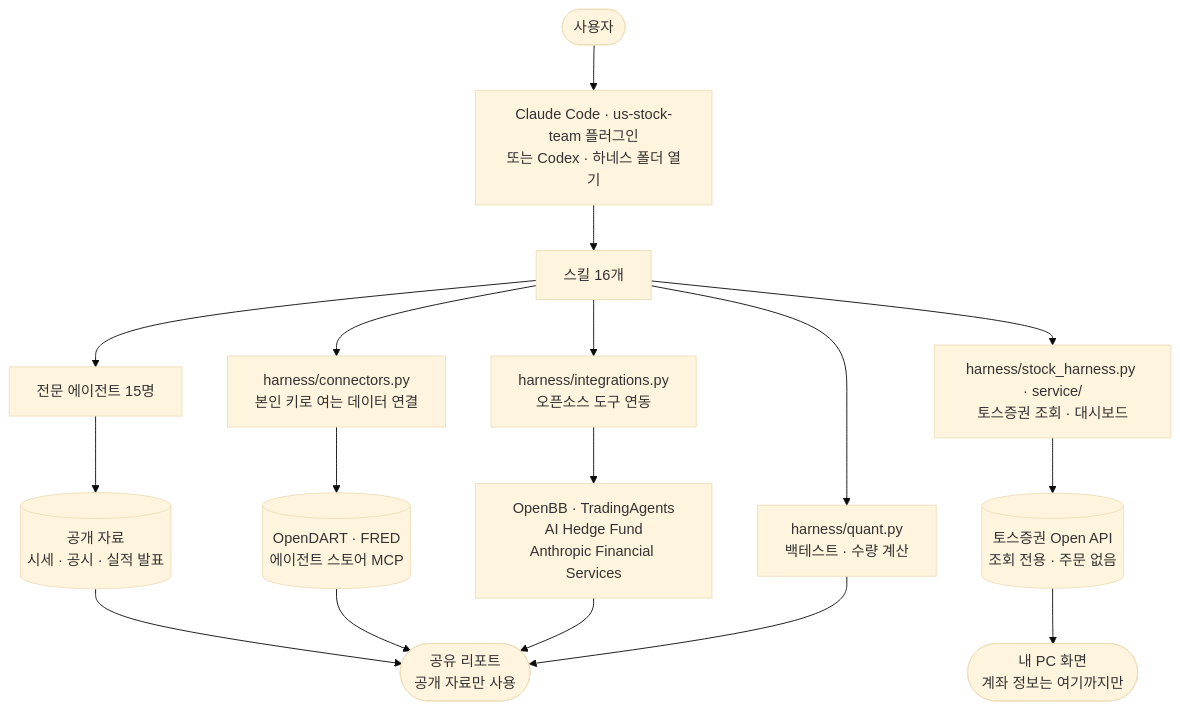
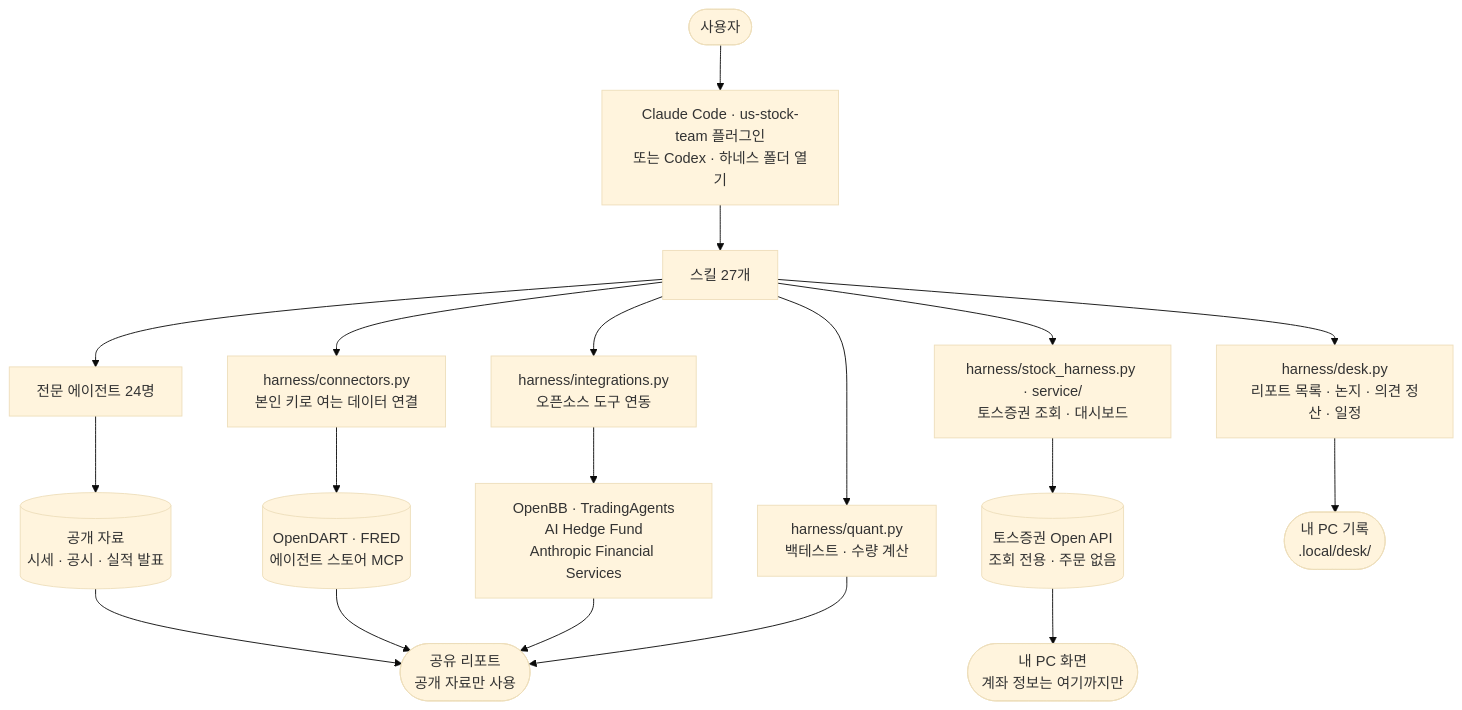
The second of 2 diagrams in README.md (seulee26/stock-team-harness), drawn with Mermaid (base theme) before and after one commit. The commit also changed other lines of this file and 51 other files, not shown here.

````diff
--- a/README.md
+++ b/README.md
@@ -121,21 +129,23 @@
 ```mermaid
 flowchart TD
     U(["사용자"]) --> AI["Claude Code · us-stock-team 플러그인<br/>또는 Codex · 하네스 폴더 열기"]
-    AI --> SK["스킬 16개"]
-    SK --> AG["전문 에이전트 15명"]
+    AI --> SK["스킬 27개"]
+    SK --> AG["전문 에이전트 24명"]
+    SK --> DK["harness/desk.py<br/>리포트 목록 · 논지 · 의견 정산 · 일정"]
     SK --> QN["harness/quant.py<br/>백테스트 · 수량 계산"]
     SK --> CN["harness/connectors.py<br/>본인 키로 여는 데이터 연결"]
     SK --> HI["harness/integrations.py<br/>오픈소스 도구 연동"]
     SK --> HT["harness/stock_harness.py · service/<br/>토스증권 조회 · 대시보드"]
 
     AG --> PUB[("공개 자료<br/>시세 · 공시 · 실적 발표")]
     CN --> DATA[("OpenDART · FRED<br/>에이전트 스토어 MCP")]
     HI --> OSS["OpenBB · TradingAgents<br/>AI Hedge Fund<br/>Anthropic Financial Services"]
     HT --> TOSS[("토스증권 Open API<br/>조회 전용 · 주문 없음")]
 
     PUB --> REP(["공유 리포트<br/>공개 자료만 사용"])
     DATA --> REP
     OSS --> REP
     QN --> REP
+    DK --> LOC(["내 PC 기록<br/>.local/desk/"])
     TOSS --> PC(["내 PC 화면<br/>계좌 정보는 여기까지만"])
 ```
````
